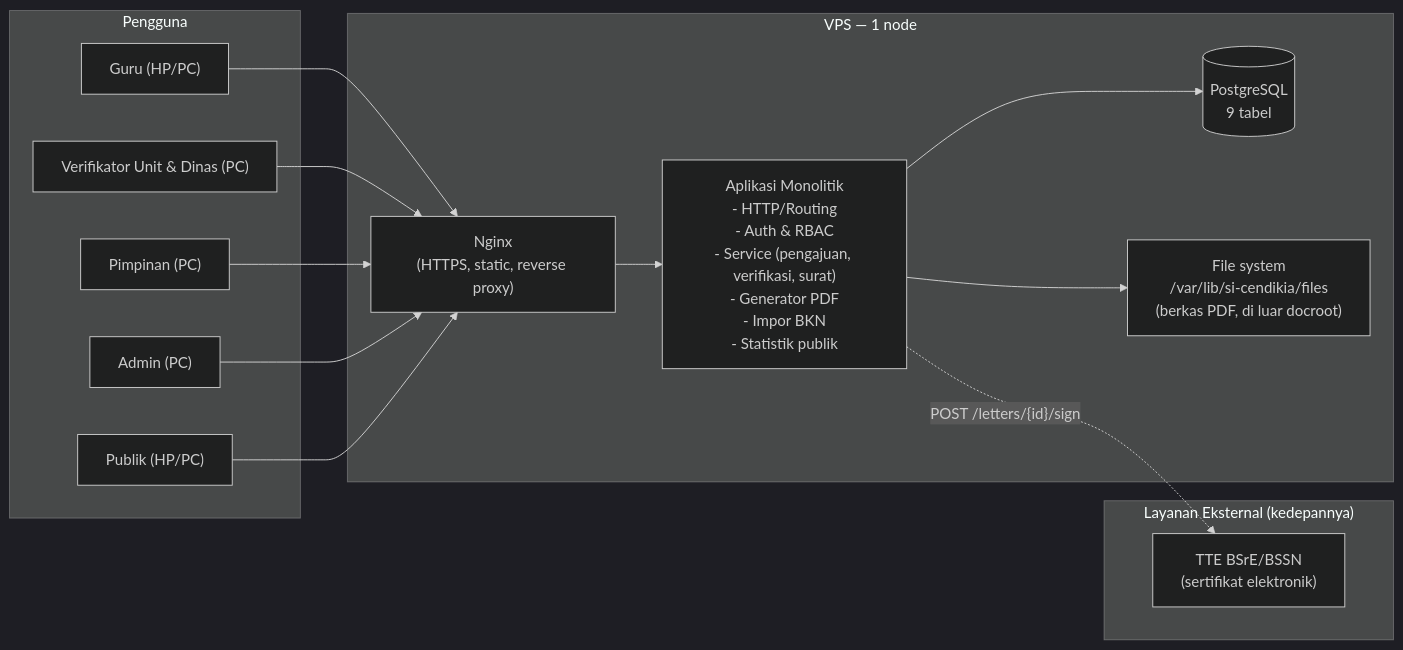
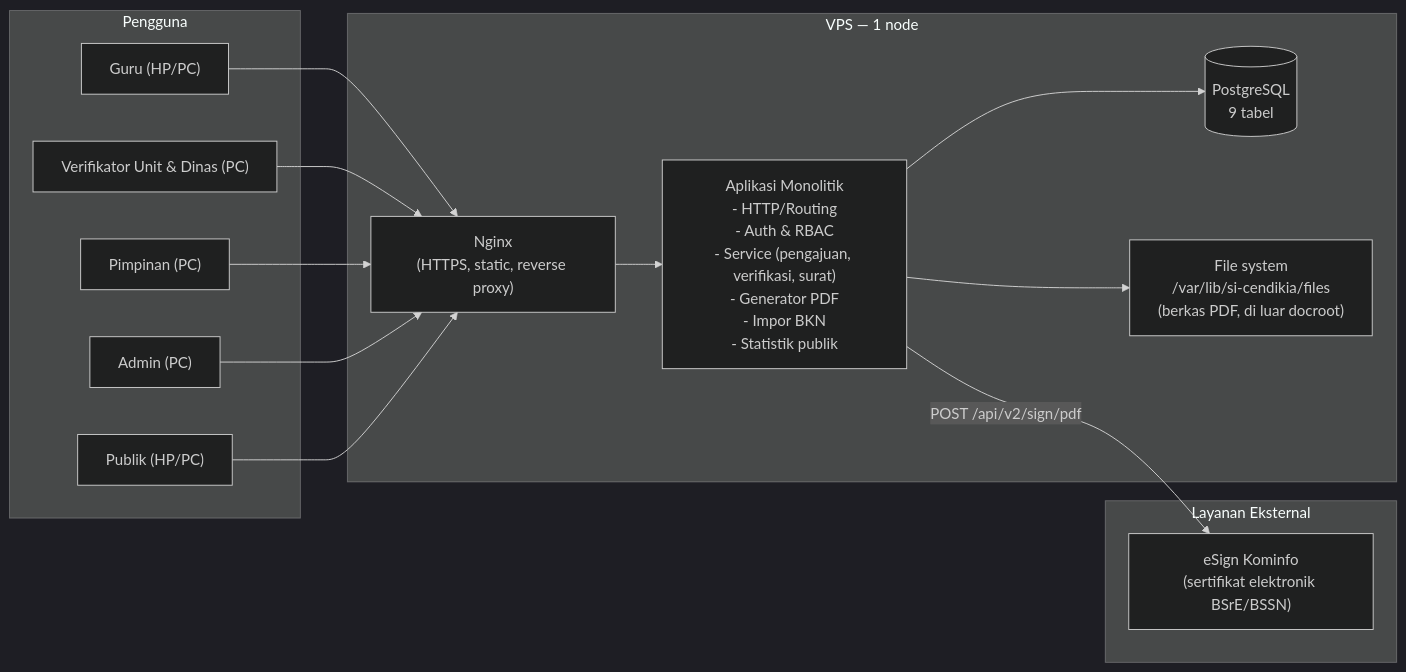
One commit to chamdaniluk/kgb changed the first of 2 diagrams in docs/05-ARCHITECTURE/ARCHITECTURE.md. Above: the diagram before and after it, drawn with Mermaid (dark theme). The commit also changed other lines of this file and 2 other files, not shown here.

First line of the commit message:
docs: selaraskan referensi TTE usang di ARCHITECTURE ke eSign Kominfo (v1.2)

````diff
--- a/docs/05-ARCHITECTURE/ARCHITECTURE.md
+++ b/docs/05-ARCHITECTURE/ARCHITECTURE.md
@@ -17,29 +17,29 @@
 ```mermaid
 flowchart LR
     subgraph User["Pengguna"]
         GURU["Guru (HP/PC)"]
         PET["Verifikator Unit & Dinas (PC)"]
         PIM["Pimpinan (PC)"]
         ADM["Admin (PC)"]
         PUB["Publik (HP/PC)"]
     end
 
     subgraph VPS["VPS — 1 node"]
         NGINX["Nginx\n(HTTPS, static, reverse proxy)"]
         APP["Aplikasi Monolitik\n- HTTP/Routing\n- Auth & RBAC\n- Service (pengajuan, verifikasi, surat)\n- Generator PDF\n- Impor BKN\n- Statistik publik"]
         DB[("PostgreSQL\n9 tabel")]
         FS["File system\n/var/lib/si-cendikia/files\n(berkas PDF, di luar docroot)"]
 
         NGINX --> APP
         APP --> DB
         APP --> FS
     end
 
-    subgraph EXTERNAL["Layanan Eksternal (kedepannya)"]
-        TTESVC["TTE BSrE/BSSN\n(sertifikat elektronik)"]
+    subgraph EXTERNAL["Layanan Eksternal"]
+        TTESVC["eSign Kominfo\n(sertifikat elektronik BSrE/BSSN)"]
     end
 
     GURU & PET & PIM & ADM --> NGINX
     PUB --> NGINX
-    APP -.->|"POST /letters/{id}/sign"| TTESVC
+    APP -->|"POST /api/v2/sign/pdf"| TTESVC
 ```
````
